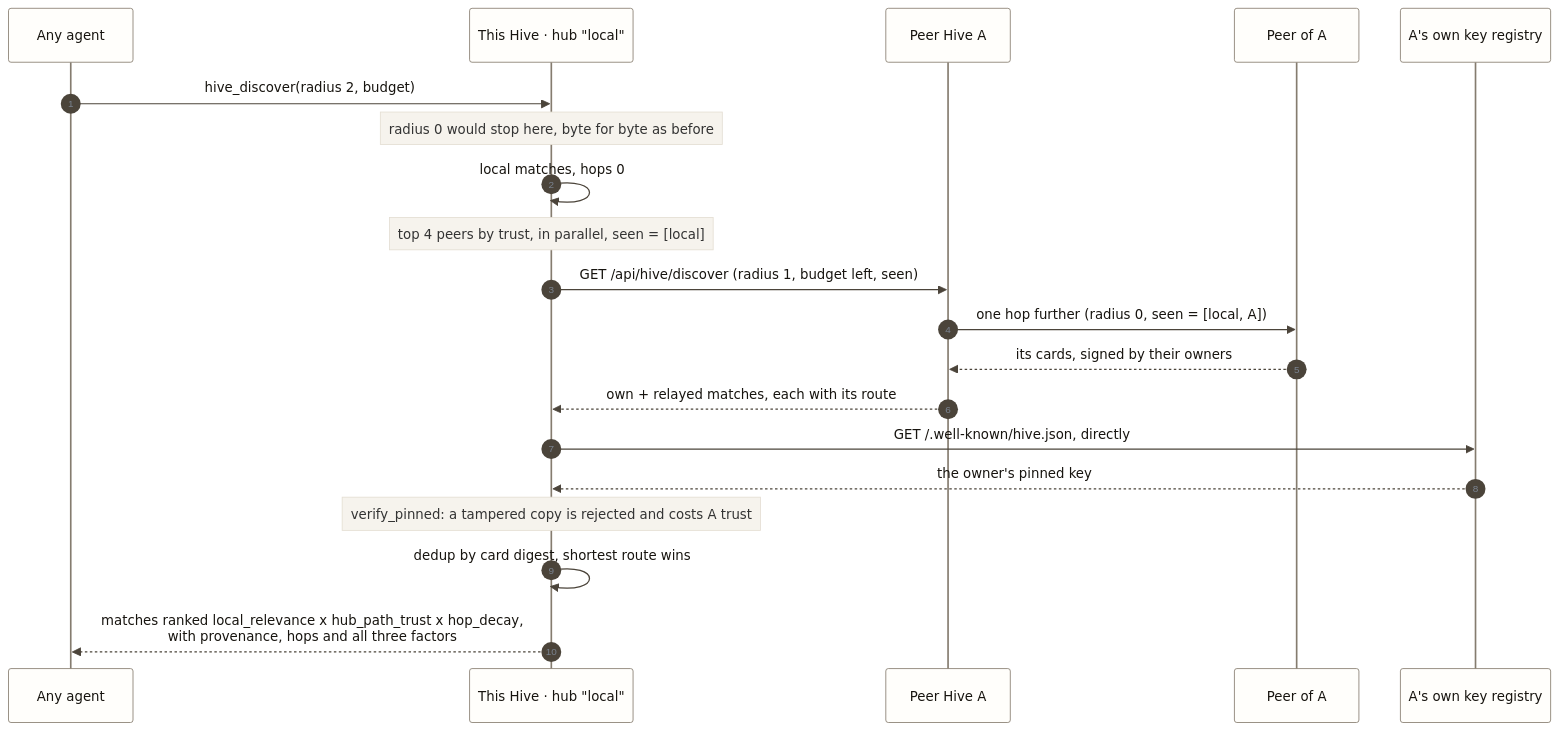
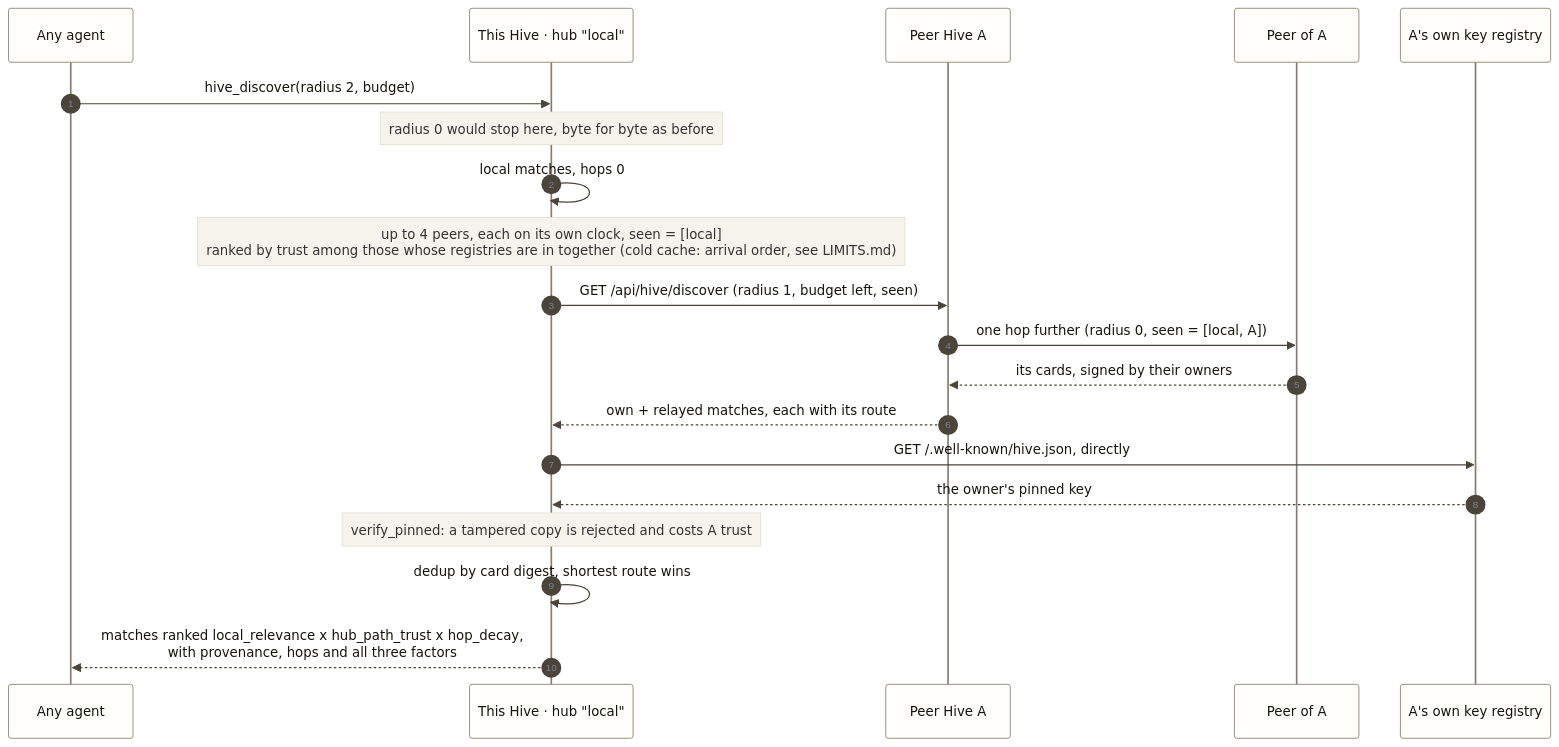
The seventh of 9 diagrams in documentation/DIAGRAMS.md (reactbias/Adobee-Hive), drawn with Mermaid before and after one commit.

Commit message:
docs(diagrams): qualify the peer choice with cold-cache arrival order

````diff
--- a/documentation/DIAGRAMS.md
+++ b/documentation/DIAGRAMS.md
@@ -478,24 +478,24 @@
 ```mermaid
 %%{init: {"theme": "base", "themeVariables": {"primaryColor": "#fffefb", "primaryBorderColor": "#857c6f", "primaryTextColor": "#17140f", "lineColor": "#857c6f", "clusterBkg": "#f6f3ed", "clusterBorder": "#e4ded3", "noteBkgColor": "#f6f3ed", "noteBorderColor": "#e4ded3", "actorBkg": "#fffefb", "actorBorder": "#857c6f", "signalColor": "#4b443a", "signalTextColor": "#17140f", "fontFamily": "Helvetica, Arial, sans-serif"}}}%%
 sequenceDiagram
   autonumber
   participant AG as Any agent
   participant H0 as This Hive · hub "local"
   participant P1 as Peer Hive A
   participant P2 as Peer of A
   participant REG as A's own key registry
 
   AG->>H0: hive_discover(radius 2, budget)
   Note over H0: radius 0 would stop here, byte for byte as before
   H0->>H0: local matches, hops 0
-  Note over H0: top 4 peers by trust, in parallel, seen = [local]
+  Note over H0: up to 4 peers, each on its own clock, seen = [local]<br/>ranked by trust among those whose registries are in together (cold cache: arrival order, see LIMITS.md)
   H0->>P1: GET /api/hive/discover (radius 1, budget left, seen)
   P1->>P2: one hop further (radius 0, seen = [local, A])
   P2-->>P1: its cards, signed by their owners
   P1-->>H0: own + relayed matches, each with its route
   H0->>REG: GET /.well-known/hive.json, directly
   REG-->>H0: the owner's pinned key
   Note over H0: verify_pinned: a tampered copy is rejected and costs A trust
   H0->>H0: dedup by card digest, shortest route wins
   H0-->>AG: matches ranked local_relevance x hub_path_trust x hop_decay,<br/>with provenance, hops and all three factors
 ```
````
